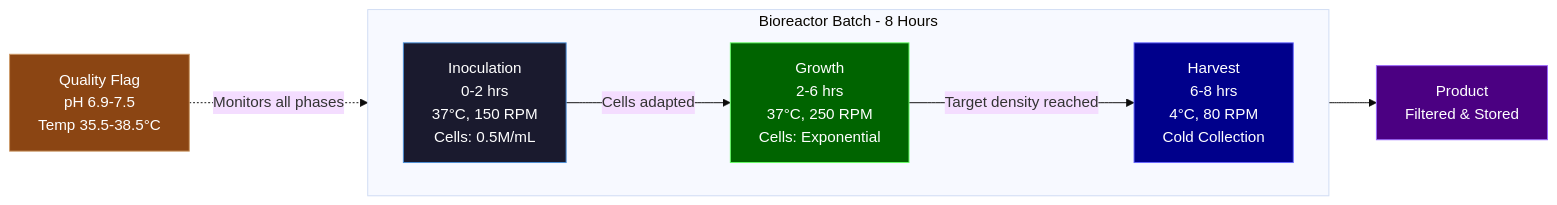
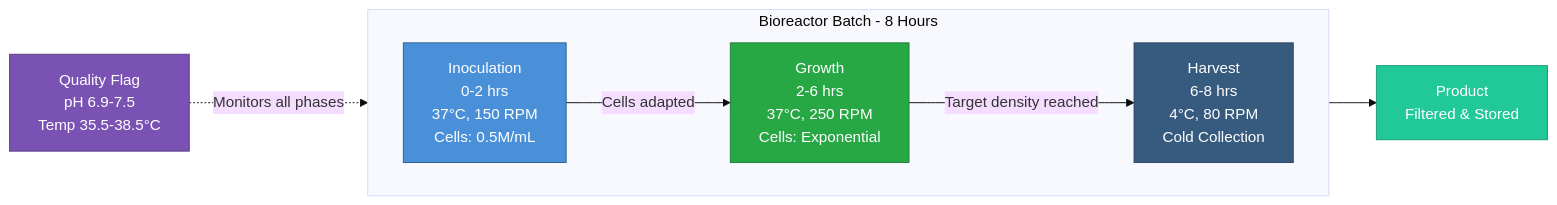
Before and after one commit to henryodibi11/Odibi: the second of 2 diagrams in docs/simulation/patterns/healthcare.md, drawn with Mermaid (base theme). The commit also changed other lines of this file and 7 other files, not shown here.

First line of the commit message:
Fix mermaid diagram colors for readability across all 26 diagrams

````diff
--- a/docs/simulation/patterns/healthcare.md
+++ b/docs/simulation/patterns/healthcare.md
@@ -287,21 +287,21 @@
 ```mermaid
 flowchart LR
     subgraph Batch["Bioreactor Batch - 8 Hours"]
         direction LR
         I["Inoculation\n0-2 hrs\n37°C, 150 RPM\nCells: 0.5M/mL"]
         G["Growth\n2-6 hrs\n37°C, 250 RPM\nCells: Exponential"]
         H["Harvest\n6-8 hrs\n4°C, 80 RPM\nCold Collection"]
     end
 
     I -->|"Cells adapted"| G
     G -->|"Target density reached"| H
     H --> P["Product\nFiltered & Stored"]
 
     Q["Quality Flag\npH 6.9-7.5\nTemp 35.5-38.5°C"] -.->|"Monitors all phases"| Batch
 
-    style I fill:#1a1a2e,stroke:#4a90d9,color:#ffffff
-    style G fill:#006400,stroke:#66ff66,color:#ffffff
-    style H fill:#00008B,stroke:#6666ff,color:#ffffff
-    style P fill:#4B0082,stroke:#9966ff,color:#ffffff
-    style Q fill:#8B4513,stroke:#cc9966,color:#ffffff
+    style I fill:#4a90d9,stroke:#2c5f8a,color:#ffffff
+    style G fill:#28a745,stroke:#1e7e34,color:#ffffff
+    style H fill:#375a7f,stroke:#2c4866,color:#ffffff
+    style P fill:#20c997,stroke:#199d76,color:#ffffff
+    style Q fill:#7952b3,stroke:#5a3d8a,color:#ffffff
 ```
````
